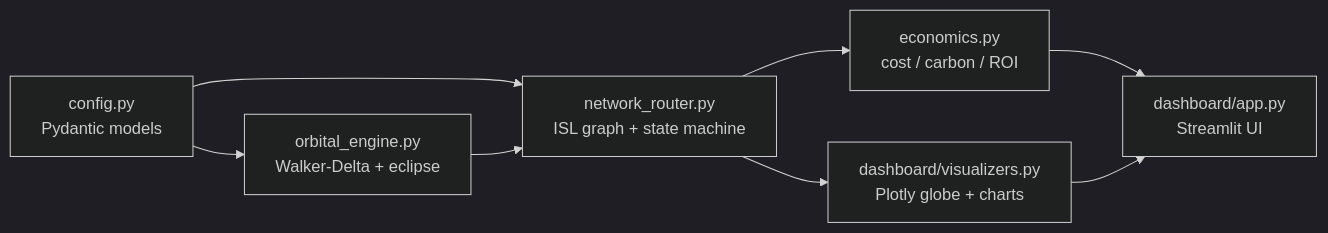
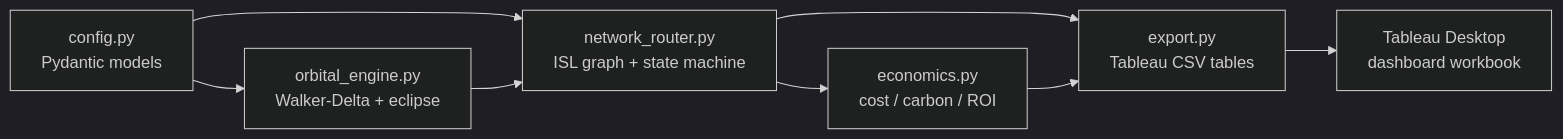
The diagram in README.md (afogelis/OrbiCloud-Sim), drawn with Mermaid (dark theme) before and after one commit. The commit also changed other lines of this file and 13 other files, not shown here.

First line of the commit message:
Replace Streamlit UI with Tableau CSV exports and publish simulation core.

````diff
--- a/README.md
+++ b/README.md
@@ -22,10 +21,10 @@
 ```mermaid
 flowchart LR
     cfg["config.py<br/>Pydantic models"] --> orb["orbital_engine.py<br/>Walker-Delta + eclipse"]
     cfg --> rt["network_router.py<br/>ISL graph + state machine"]
     orb --> rt
     rt --> econ["economics.py<br/>cost / carbon / ROI"]
-    rt --> viz["dashboard/visualizers.py<br/>Plotly globe + charts"]
-    econ --> app["dashboard/app.py<br/>Streamlit UI"]
-    viz --> app
+    rt --> exp["export.py<br/>Tableau CSV tables"]
+    econ --> exp
+    exp --> tab["Tableau Desktop<br/>dashboard workbook"]
 ```
````
